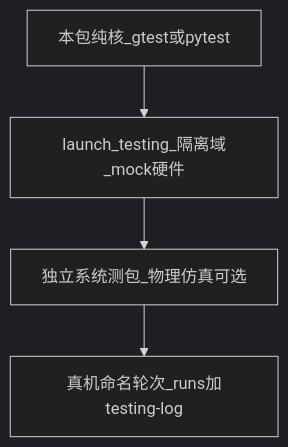
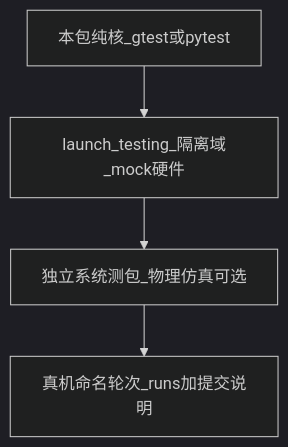
One commit to MUHAN11-c/aubo_boot changed the fourth of 4 diagrams in AGENTS.md. Above: the diagram before and after it, drawn with Mermaid (dark theme). The commit also changed other lines of this file and 14 other files, not shown here.

````diff
--- a/AGENTS.md
+++ b/AGENTS.md
@@ -588,8 +589,8 @@
 ```mermaid
 flowchart TB
   Unit[本包纯核_gtest或pytest]
   Integ[launch_testing_隔离域_mock硬件]
   Sys[独立系统测包_物理仿真可选]
-  Field[真机命名轮次_runs加testing-log]
+  Field[真机命名轮次_runs加提交说明]
   Unit --> Integ --> Sys --> Field
 ```
````
